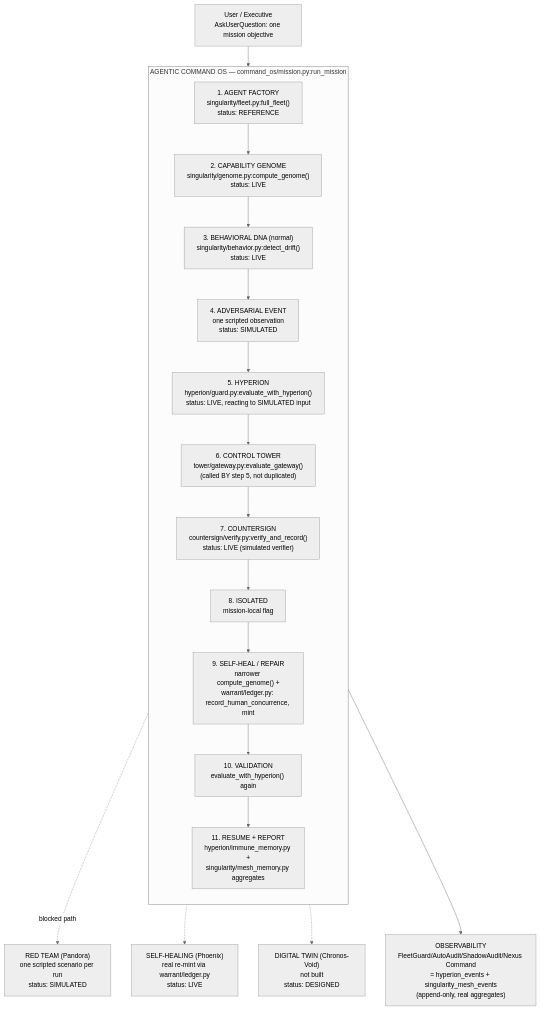
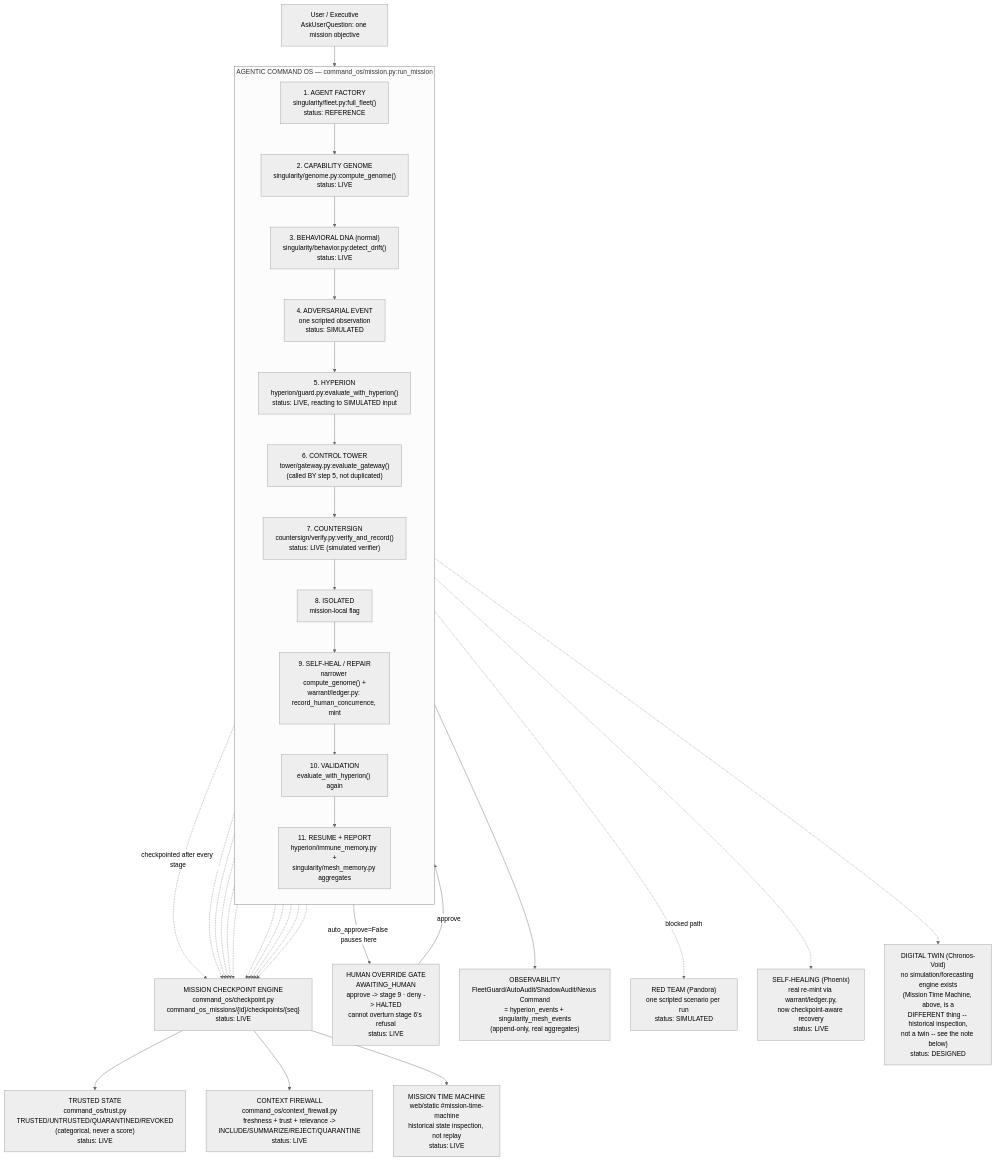
The diagram in docs/architecture.md (akashbichukale111/unwind), drawn with Mermaid (neutral theme) before and after one commit. The commit also changed other lines of this file and 19 other files, not shown here.

````diff
--- a/docs/architecture.md
+++ b/docs/architecture.md
@@ -15,26 +15,46 @@
 ```mermaid
 flowchart TD
     U["User / Executive\nAskUserQuestion: one mission objective"] --> COS
 
     subgraph COS["AGENTIC COMMAND OS — command_os/mission.py:run_mission"]
         direction TB
         S1["1. AGENT FACTORY\nsingularity/fleet.py:full_fleet()\nstatus: REFERENCE"]
         S2["2. CAPABILITY GENOME\nsingularity/genome.py:compute_genome()\nstatus: LIVE"]
         S3["3. BEHAVIORAL DNA (normal)\nsingularity/behavior.py:detect_drift()\nstatus: LIVE"]
         S4["4. ADVERSARIAL EVENT\none scripted observation\nstatus: SIMULATED"]
         S5["5. HYPERION\nhyperion/guard.py:evaluate_with_hyperion()\nstatus: LIVE, reacting to SIMULATED input"]
         S6["6. CONTROL TOWER\ntower/gateway.py:evaluate_gateway()\n(called BY step 5, not duplicated)"]
         S7["7. COUNTERSIGN\ncountersign/verify.py:verify_and_record()\nstatus: LIVE (simulated verifier)"]
         S8["8. ISOLATED\nmission-local flag"]
         S9["9. SELF-HEAL / REPAIR\nnarrower compute_genome() +\nwarrant/ledger.py: record_human_concurrence, mint"]
         S10["10. VALIDATION\nevaluate_with_hyperion() again"]
         S11["11. RESUME + REPORT\nhyperion/immune_memory.py +\nsingularity/mesh_memory.py aggregates"]
         S1-->S2-->S3-->S4-->S5-->S6-->S7-->S8-->S9-->S10-->S11
     end
 
+    S1 -.checkpointed after every stage.-> CKPT
+    S2 -.-> CKPT
+    S3 -.-> CKPT
+    S4 -.-> CKPT
+    S5 -.-> CKPT
+    S6 -.-> CKPT
+    S7 -.-> CKPT
+    S8 -.-> CKPT
+    S9 -.-> CKPT
+    S10 -.-> CKPT
+    S11 -.-> CKPT
+    CKPT["MISSION CHECKPOINT ENGINE\ncommand_os/checkpoint.py\ncommand_os_missions/{id}/checkpoints/{seq}\nstatus: LIVE"]
+
+    S8 -->|auto_approve=False pauses here| GATE["HUMAN OVERRIDE GATE\nAWAITING_HUMAN\napprove -> stage 9 · deny -> HALTED\ncannot overturn stage 6's refusal\nstatus: LIVE"]
+    GATE -->|approve| S9
+
+    CKPT --> TRUST["TRUSTED STATE\ncommand_os/trust.py\nTRUSTED/UNTRUSTED/QUARANTINED/REVOKED\n(categorical, never a score)\nstatus: LIVE"]
+    CKPT --> FW["CONTEXT FIREWALL\ncommand_os/context_firewall.py\nfreshness + trust + relevance ->\nINCLUDE/SUMMARIZE/REJECT/QUARANTINE\nstatus: LIVE"]
+    CKPT --> TM["MISSION TIME MACHINE\nweb/static #mission-time-machine\nhistorical state inspection, not replay\nstatus: LIVE"]
+
     COS --> OBS["OBSERVABILITY\nFleetGuard/AutoAudit/ShadowAudit/Nexus Command\n= hyperion_events + singularity_mesh_events\n(append-only, real aggregates)"]
 
     S6 -.blocked path.-> RT["RED TEAM (Pandora)\none scripted scenario per run\nstatus: SIMULATED"]
-    S9 -.-> SH["SELF-HEALING (Phoenix)\nreal re-mint via warrant/ledger.py\nstatus: LIVE"]
-    S1 -.-> DT["DIGITAL TWIN (Chronos-Void)\nnot built\nstatus: DESIGNED"]
+    S9 -.-> SH["SELF-HEALING (Phoenix)\nreal re-mint via warrant/ledger.py,\nnow checkpoint-aware recovery\nstatus: LIVE"]
+    S1 -.-> DT["DIGITAL TWIN (Chronos-Void)\nno simulation/forecasting engine exists\n(Mission Time Machine, above, is a\nDIFFERENT thing -- historical inspection,\nnot a twin -- see the note below)\nstatus: DESIGNED"]
 ```
````
